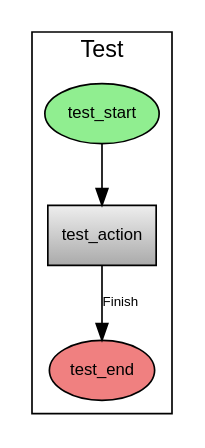
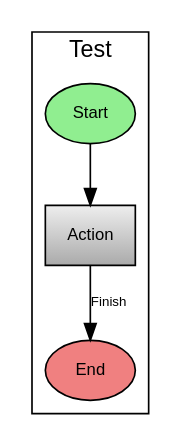
The diagram in dev-resources/sample.dot (christoph-frick/baubotanik), drawn with Graphviz before and after one commit. The commit also changed 3 other files, not shown here.

```diff
--- a/dev-resources/sample.dot
+++ b/dev-resources/sample.dot
@@ -1,41 +1,38 @@
 digraph {
-fontname="Arial"
-compound="true"
-edge [
-fontname="Arial"
-,fontsize="8"
-]
-node [
-fontname="Arial"
-,fontsize="10"
-]
-subgraph cluster_test {
-label="Test"
-test_start [
-fontname="Arial"
-,fontsize="10"
-,style="filled"
-,shape="oval"
-,fillcolor="lightgreen"
-]
-test_action [
-fontname="Arial"
-,fontsize="10"
-,style="filled"
-,shape="rect"
-,gradientangle="90"
-,fillcolor="#aaaaaa, 0.5:#eeeeee"
-]
-test_end [
-fontname="Arial"
-,fontsize="10"
-,style="filled"
-,shape="oval"
-,fillcolor="lightcoral"
-]
-test_start -> test_action
-test_action -> test_end [
-label="Finish"
-]
+	fontname="Arial"
+	compound="true"
+	edge [
+		fontname="Arial"
+		,fontsize="8"
+	]
+	node [
+		fontname="Arial"
+		,fontsize="10"
+	]
+	subgraph cluster_test {
+		label="Test"
+		test_start [
+			style="filled"
+			,shape="oval"
+			,fillcolor="lightgreen"
+			,label="Start"
+		]
+		test_action [
+			style="filled"
+			,shape="rect"
+			,gradientangle="90"
+			,fillcolor="#aaaaaa, 0.5:#eeeeee"
+			,label="Action"
+		]
+		test_end [
+			style="filled"
+			,shape="oval"
+			,fillcolor="lightcoral"
+			,label="End"
+		]
+		test_start -> test_action
+		test_action -> test_end [
+			label="Finish"
+		]
+	}
 }
-}
```
